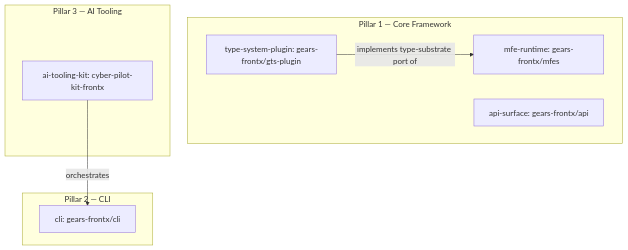
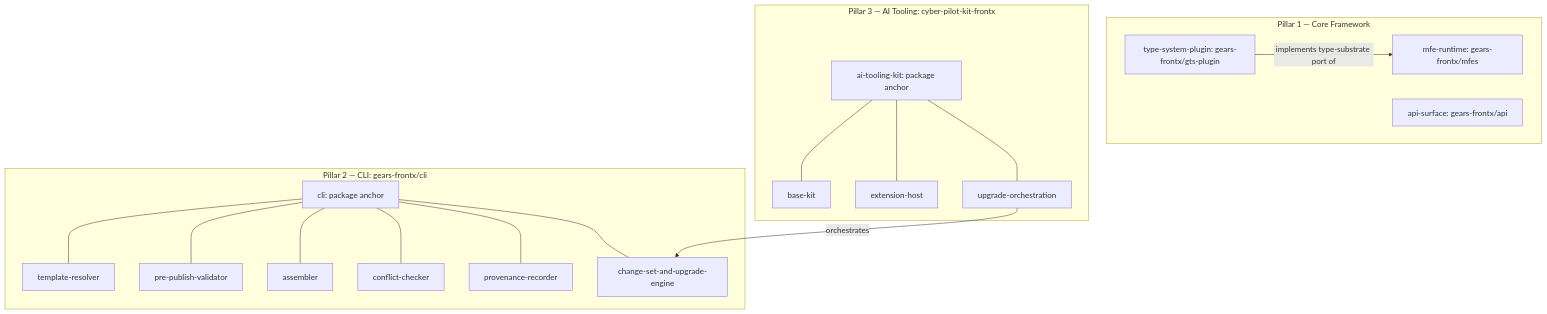
One commit to GeraBart/gears-frontx changed the second of 6 diagrams in architecture/DESIGN.md. Above: the diagram before and after it, drawn with Mermaid. The commit also changed other lines of this file and 18 other files, not shown here.

Commit message:
docs: PRD and DESIGN updated for cli and ai tooling pillars

````diff
--- a/architecture/DESIGN.md
+++ b/architecture/DESIGN.md
@@ -337,16 +430,34 @@
 ```mermaid
 graph TD
     subgraph Pillar1[Pillar 1 — Core Framework]
         MFES[mfe-runtime: gears-frontx/mfes]
         GTS[type-system-plugin: gears-frontx/gts-plugin]
         API[api-surface: gears-frontx/api]
     end
-    subgraph Pillar2[Pillar 2 — CLI]
-        CLI[cli: gears-frontx/cli]
+    subgraph Pillar2[Pillar 2 — CLI: gears-frontx/cli]
+        CLI[cli: package anchor]
+        RES[template-resolver]
+        VAL[pre-publish-validator]
+        ASM[assembler]
+        CHK[conflict-checker]
+        PROV[provenance-recorder]
+        ENG[change-set-and-upgrade-engine]
+        CLI --- RES
+        CLI --- VAL
+        CLI --- ASM
+        CLI --- CHK
+        CLI --- PROV
+        CLI --- ENG
     end
-    subgraph Pillar3[Pillar 3 — AI Tooling]
-        KIT[ai-tooling-kit: cyber-pilot-kit-frontx]
+    subgraph Pillar3[Pillar 3 — AI Tooling: cyber-pilot-kit-frontx]
+        KIT[ai-tooling-kit: package anchor]
+        BASE[base-kit]
+        HOST[extension-host]
+        ORCH[upgrade-orchestration]
+        KIT --- BASE
+        KIT --- HOST
+        KIT --- ORCH
     end
     GTS -- implements type-substrate port of --> MFES
-    KIT -- orchestrates --> CLI
+    ORCH -- orchestrates --> ENG
 ```
````
